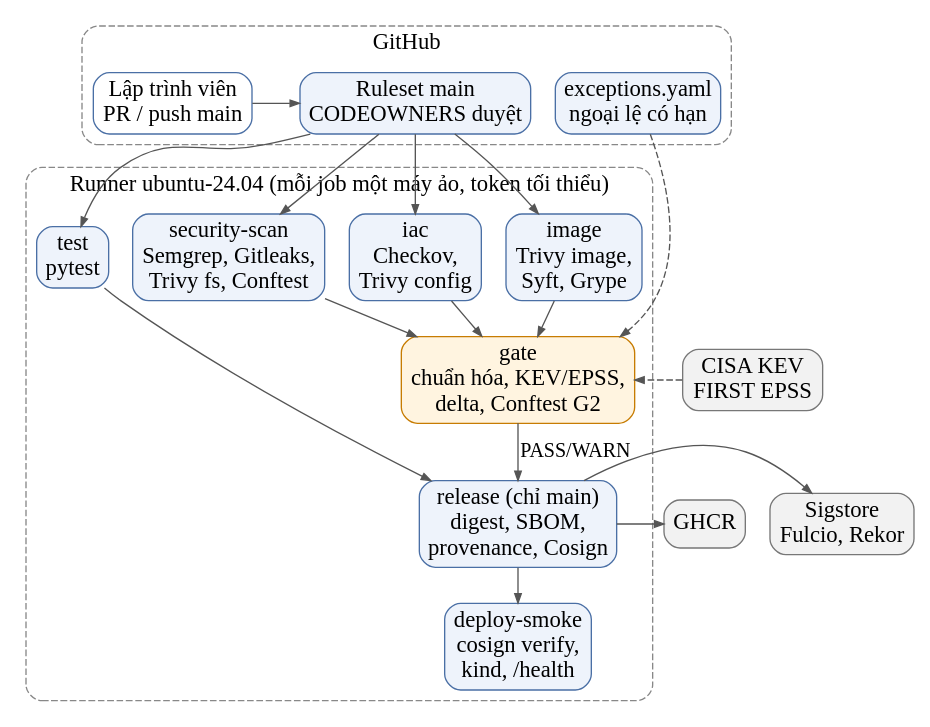
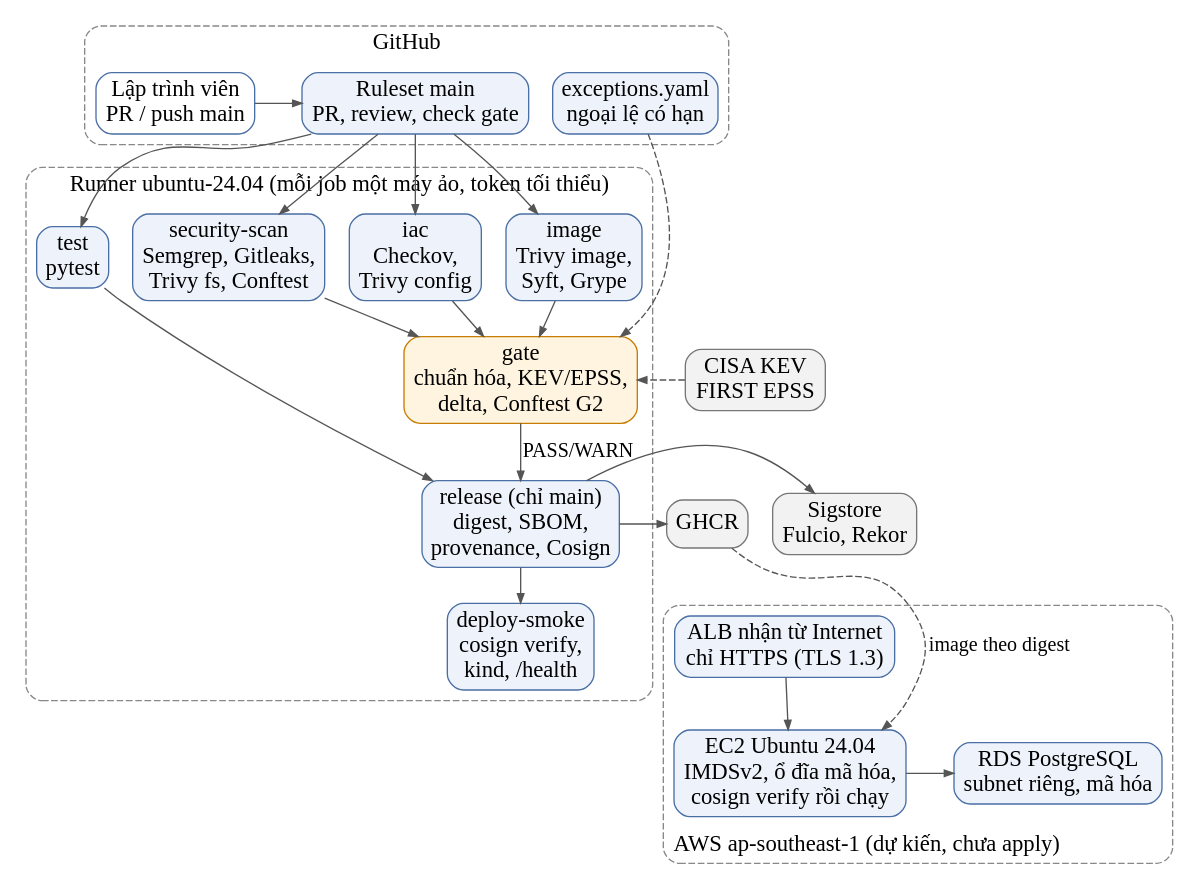
Before and after one commit to tranhuultai/012012303904_21_DevSecOps: the diagram in Extra/so_do/hinh_2_2_kien_truc_muc_tieu.dot, drawn with Graphviz. The commit also changed 5 other files, not shown here.

```diff
--- a/Extra/so_do/hinh_2_2_kien_truc_muc_tieu.dot
+++ b/Extra/so_do/hinh_2_2_kien_truc_muc_tieu.dot
@@ -1,36 +1,45 @@
 digraph G {
   rankdir=TB; newrank=true; nodesep=0.25; ranksep=0.35;
   fontname="Liberation Serif"; fontsize=17;
   node [shape=box, style="rounded,filled", fillcolor="#eef3fb", color="#4a6fa5", fontname="Liberation Serif", fontsize=17, margin="0.1,0.05"];
   edge [color="#555555", fontname="Liberation Serif", fontsize=15, arrowsize=0.7];
   subgraph cluster_gh { label="GitHub"; style="rounded,dashed"; color="#888888";
     DEV [label="Lập trình viên\nPR / push main", fillcolor="#ffffff"];
-    RS  [label="Ruleset main\nCODEOWNERS duyệt"];
+    RS  [label="Ruleset main\nPR, review, check gate"];
     EXC [label="exceptions.yaml\nngoại lệ có hạn"];
   }
   subgraph cluster_run { label="Runner ubuntu-24.04 (mỗi job một máy ảo, token tối thiểu)"; style="rounded,dashed"; color="#888888";
     T [label="test\npytest"];
     S [label="security-scan\nSemgrep, Gitleaks,\nTrivy fs, Conftest"];
     I [label="iac\nCheckov,\nTrivy config"];
     C [label="image\nTrivy image,\nSyft, Grype"];
     G [label="gate\nchuẩn hóa, KEV/EPSS,\ndelta, Conftest G2", fillcolor="#fff4e0", color="#c77c02"];
     R [label="release (chỉ main)\ndigest, SBOM,\nprovenance, Cosign"];
     Y [label="deploy-smoke\ncosign verify,\nkind, /health"];
+  }
+  subgraph cluster_aws { label="AWS ap-southeast-1 (dự kiến, chưa apply)"; labeljust=l; labelloc=b; style="rounded,dashed"; color="#888888";
+    ALB [label="ALB nhận từ Internet\nchỉ HTTPS (TLS 1.3)"];
+    EC2 [label="EC2 Ubuntu 24.04\nIMDSv2, ổ đĩa mã hóa,\ncosign verify rồi chạy"];
+    RDS [label="RDS PostgreSQL\nsubnet riêng, mã hóa"];
   }
   KEV [label="CISA KEV\nFIRST EPSS", fillcolor="#f2f2f2", color="#777777"];
   GHCR [label="GHCR", fillcolor="#f2f2f2", color="#777777"];
   SIG [label="Sigstore\nFulcio, Rekor", fillcolor="#f2f2f2", color="#777777"];
   DEV -> RS;
   {rank=same; DEV; RS; EXC;}
   RS -> T; RS -> S; RS -> I; RS -> C;
   {rank=same; T; S; I; C;}
   S -> G; I -> G; C -> G;
   EXC -> G [style=dashed];
   KEV -> G [style=dashed];
   {rank=same; G; KEV;}
   G -> R [label=" PASS/WARN"];
   T -> R;
   R -> GHCR; R -> SIG;
   {rank=same; R; GHCR; SIG;}
   R -> Y;
+  ALB -> EC2; EC2 -> RDS;
+  GHCR -> EC2 [style=dashed, label=" image theo digest"];
+  {rank=same; Y; ALB;}
+  {rank=same; EC2; RDS;}
 }
```
